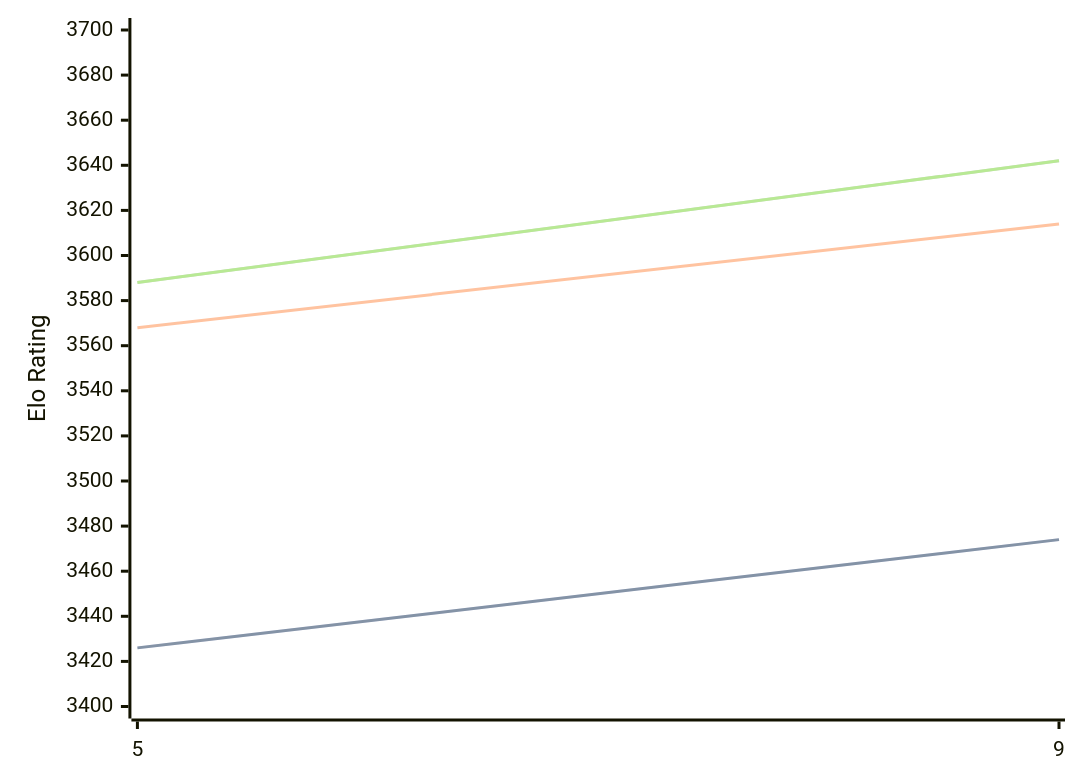
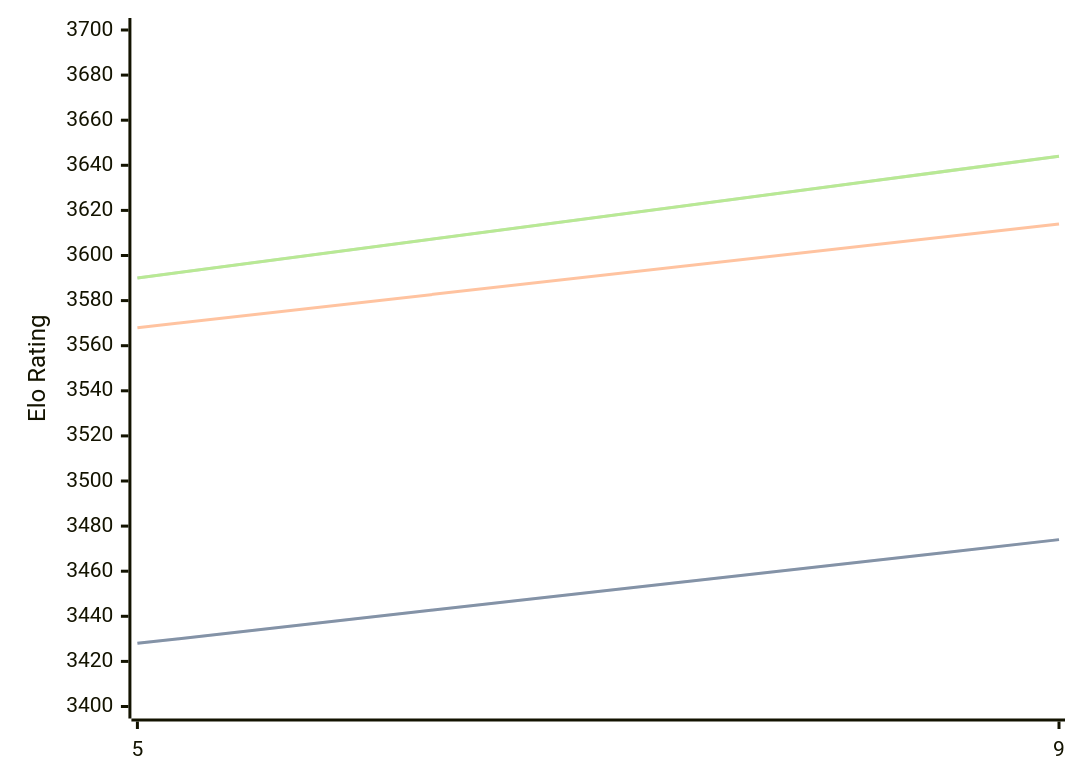
One commit to computer-chess-index/cci changed the diagram in engines/Crystal.md. Above: the diagram before and after it, drawn with Mermaid. The commit also changed other lines of this file, not shown here.

Commit message:
Update CCI Ratings (ELO VLTC) - 2026-05-14

````diff
--- a/engines/Crystal.md
+++ b/engines/Crystal.md
@@ -60,11 +60,11 @@
 ```mermaid
 %%{init: {"theme":"base","themeVariables":{"seriesColors:['#a3a3a3','#222221','#faa371']}}}%%
 xychart-beta
   x-axis ["5", "9"]
   y-axis "Elo Rating" 3400 --> 3700
-  line "STC (8.0+0.08s)" [3426, 3474]
-  line "STC (8.0+0.08s)" [3426, 3474]
+  line "STC (8.0+0.08s)" [3428, 3474]
+  line "STC (8.0+0.08s)" [3428, 3474]
   line "LTC (60.0+0.60s)" [3568, 3614]
-  line "VLTC (2m24s+1.12s)" [3588, 3642]
-  line "VLTC (2m24s+1.12s)" [3588, 3642]
+  line "VLTC (2m24s+1.12s)" [3590, 3644]
+  line "VLTC (2m24s+1.12s)" [3590, 3644]
 ```
````
